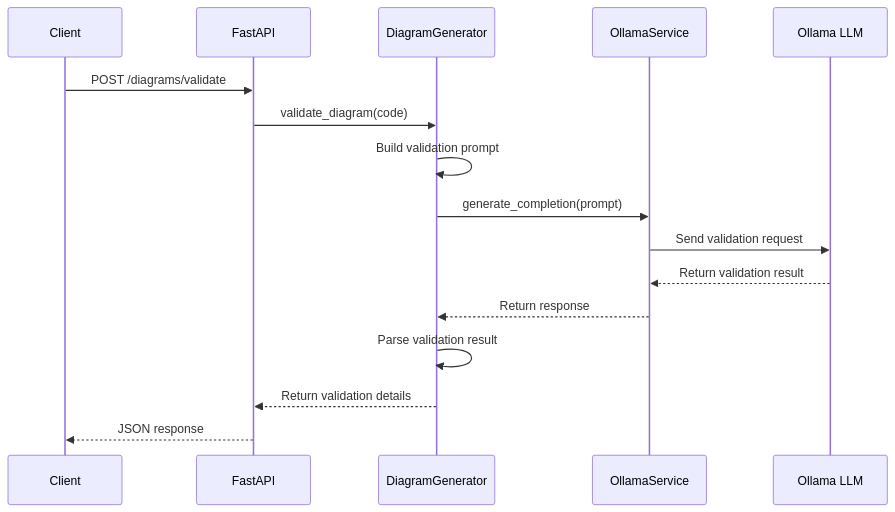
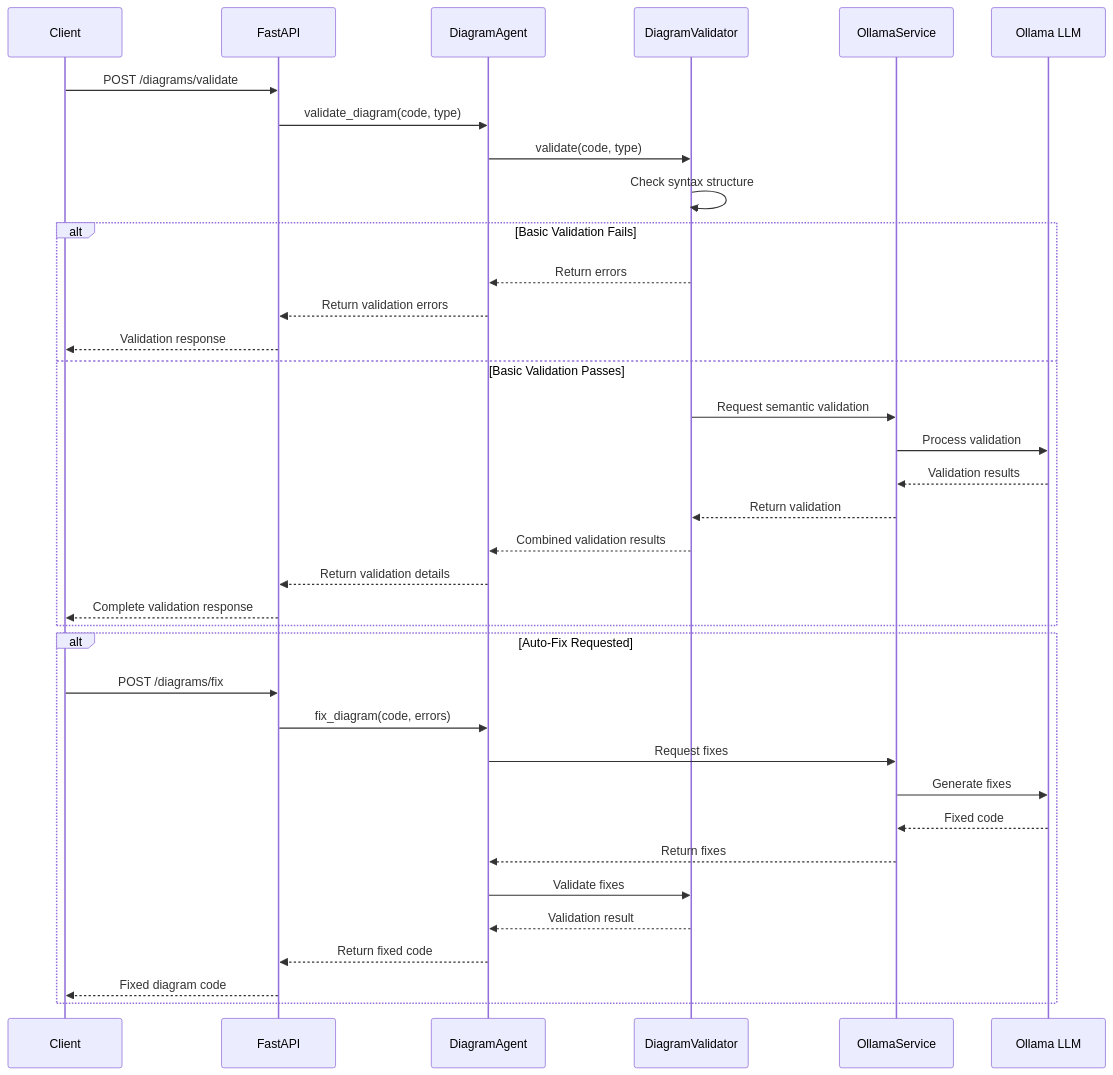
Before and after one commit to minimalefforttech/diagram_generator: the third of 5 diagrams in docs/diagrams/sequence-flow.md, drawn with Mermaid. The commit also changed other lines of this file and 11 other files, not shown here.

````diff
--- a/docs/diagrams/sequence-flow.md
+++ b/docs/diagrams/sequence-flow.md
@@ -39,22 +73,42 @@
 ```mermaid
 sequenceDiagram
     participant Client
     participant API as FastAPI
-    participant DG as DiagramGenerator
+    participant DA as DiagramAgent
+    participant VAL as DiagramValidator
     participant OS as OllamaService
     participant LLM as Ollama LLM
 
     Client->>API: POST /diagrams/validate
-    API->>DG: validate_diagram(code)
+    API->>DA: validate_diagram(code, type)
     
-    DG->>DG: Build validation prompt
-    DG->>OS: generate_completion(prompt)
+    DA->>VAL: validate(code, type)
+    VAL->>VAL: Check syntax structure
     
-    OS->>LLM: Send validation request
-    LLM-->>OS: Return validation result
-    
-    OS-->>DG: Return response
-    DG->>DG: Parse validation result
-    DG-->>API: Return validation details
-    API-->>Client: JSON response
+    alt Basic Validation Fails
+        VAL-->>DA: Return errors
+        DA-->>API: Return validation errors
+        API-->>Client: Validation response
+    else Basic Validation Passes
+        VAL->>OS: Request semantic validation
+        OS->>LLM: Process validation
+        LLM-->>OS: Validation results
+        OS-->>VAL: Return validation
+        VAL-->>DA: Combined validation results
+        DA-->>API: Return validation details
+        API-->>Client: Complete validation response
+    end
+
+    alt Auto-Fix Requested
+        Client->>API: POST /diagrams/fix
+        API->>DA: fix_diagram(code, errors)
+        DA->>OS: Request fixes
+        OS->>LLM: Generate fixes
+        LLM-->>OS: Fixed code
+        OS-->>DA: Return fixes
+        DA->>VAL: Validate fixes
+        VAL-->>DA: Validation result
+        DA-->>API: Return fixed code
+        API-->>Client: Fixed diagram code
+    end
 ```
````
